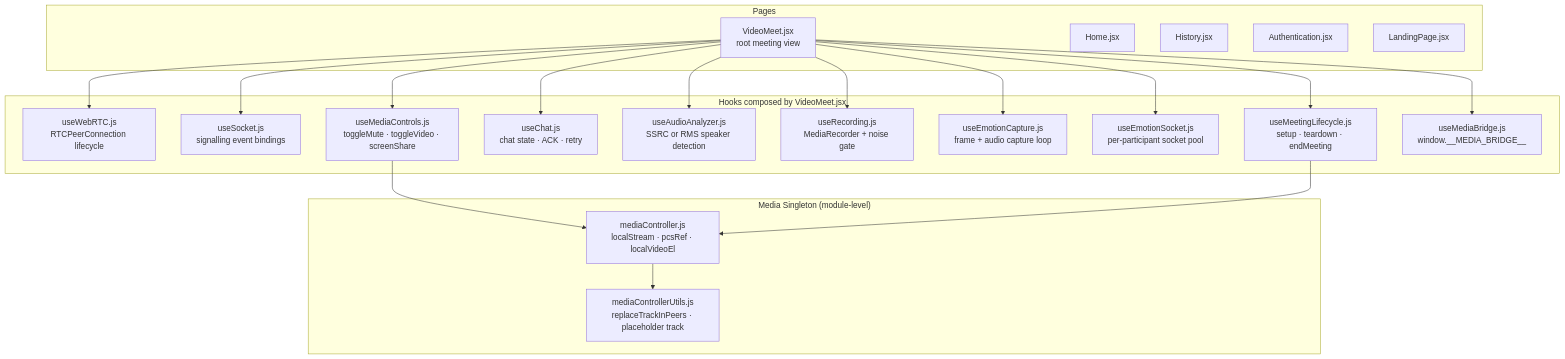
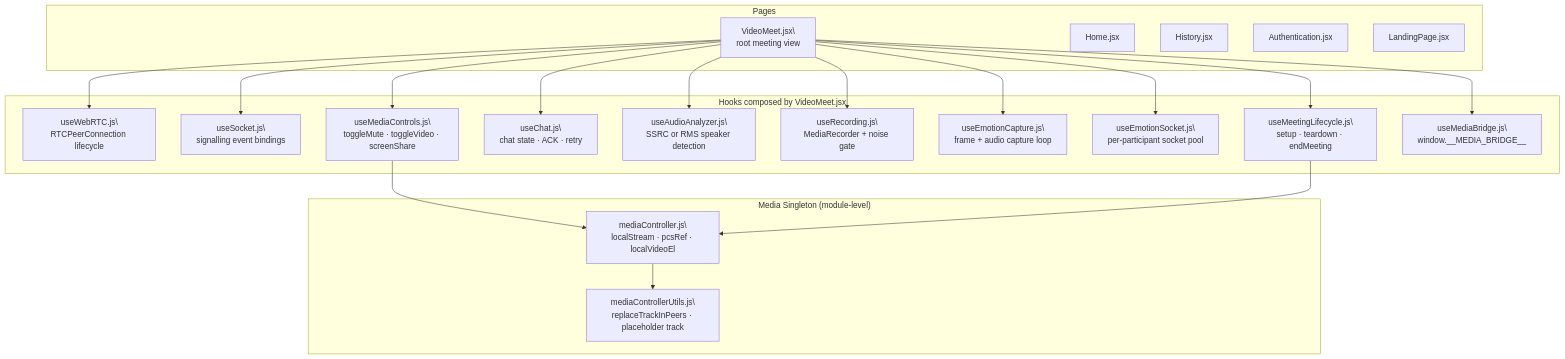
One commit to AnupamKumar-1/Hoovik changed the first of 5 diagrams in docs/frontend.md. Above: the diagram before and after it, drawn with Mermaid. The commit also changed other lines of this file and 1 other file, not shown here.

Commit message:
docs: update backend.md and frontend.md for emotion-aware AI summary pipeline and host role verification

````diff
--- a/docs/frontend.md
+++ b/docs/frontend.md
@@ -30,33 +30,33 @@
 ```mermaid
 graph TD
     subgraph Pages
-        VM[VideoMeet.jsx\nroot meeting view]
+        VM[VideoMeet.jsx\\nroot meeting view]
         HM[Home.jsx]
         HI[History.jsx]
         AU[Authentication.jsx]
         LP[LandingPage.jsx]
     end
 
     subgraph Hooks["Hooks composed by VideoMeet.jsx"]
-        WR[useWebRTC.js\nRTCPeerConnection lifecycle]
-        SK[useSocket.js\nsignalling event bindings]
-        ML[useMeetingLifecycle.js\nsetup · teardown · endMeeting]
-        CH[useChat.js\nchat state · ACK · retry]
-        AA[useAudioAnalyzer.js\nSSRC or RMS speaker detection]
-        RC[useRecording.js\nMediaRecorder + noise gate]
-        EC[useEmotionCapture.js\nframe + audio capture loop]
-        ES[useEmotionSocket.js\nper-participant socket pool]
-        MC[useMediaControls.js\ntoggleMute · toggleVideo · screenShare]
-        MB[useMediaBridge.js\nwindow.__MEDIA_BRIDGE__]
+        WR[useWebRTC.js\\nRTCPeerConnection lifecycle]
+        SK[useSocket.js\\nsignalling event bindings]
+        ML[useMeetingLifecycle.js\\nsetup · teardown · endMeeting]
+        CH[useChat.js\\nchat state · ACK · retry]
+        AA[useAudioAnalyzer.js\\nSSRC or RMS speaker detection]
+        RC[useRecording.js\\nMediaRecorder + noise gate]
+        EC[useEmotionCapture.js\\nframe + audio capture loop]
+        ES[useEmotionSocket.js\\nper-participant socket pool]
+        MC[useMediaControls.js\\ntoggleMute · toggleVideo · screenShare]
+        MB[useMediaBridge.js\\nwindow.__MEDIA_BRIDGE__]
     end
 
     subgraph Singleton["Media Singleton (module-level)"]
-        CTL[mediaController.js\nlocalStream · pcsRef · localVideoEl]
-        UTL[mediaControllerUtils.js\nreplaceTrackInPeers · placeholder track]
+        CTL[mediaController.js\\nlocalStream · pcsRef · localVideoEl]
+        UTL[mediaControllerUtils.js\\nreplaceTrackInPeers · placeholder track]
     end
 
     VM --> WR & SK & ML & CH & AA & RC & EC & ES & MC & MB
     MC --> CTL
     ML --> CTL
     CTL --> UTL
 ```
````
